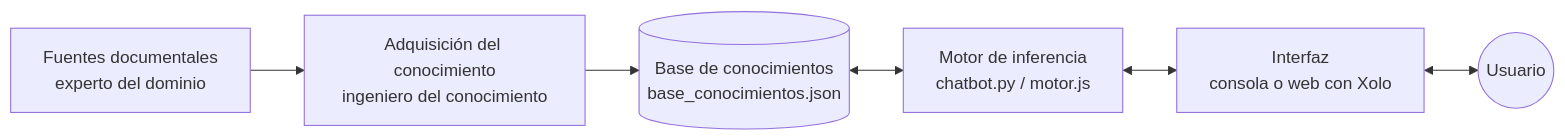
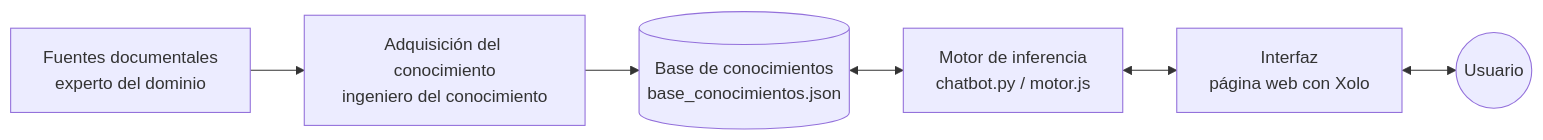
Before and after one commit to Ximena-tm/xolochatbot-dia-de-muertos: the diagram in README.md, drawn with Mermaid. The commit also changed other lines of this file and 4 other files, not shown here.

````diff
--- a/README.md
+++ b/README.md
@@ -15,8 +17,8 @@
 ```mermaid
 flowchart LR
     F[Fuentes documentales<br/>experto del dominio] --> K[Adquisición del conocimiento<br/>ingeniero del conocimiento]
     K --> B[(Base de conocimientos<br/>base_conocimientos.json)]
     B <--> M[Motor de inferencia<br/>chatbot.py / motor.js]
-    M <--> I[Interfaz<br/>consola o web con Xolo]
+    M <--> I[Interfaz<br/>página web con Xolo]
     I <--> U((Usuario))
 ```
````
